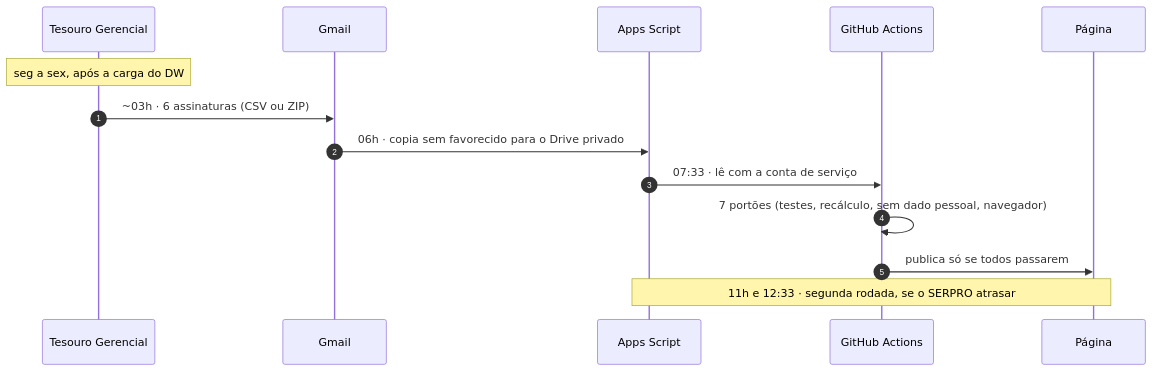
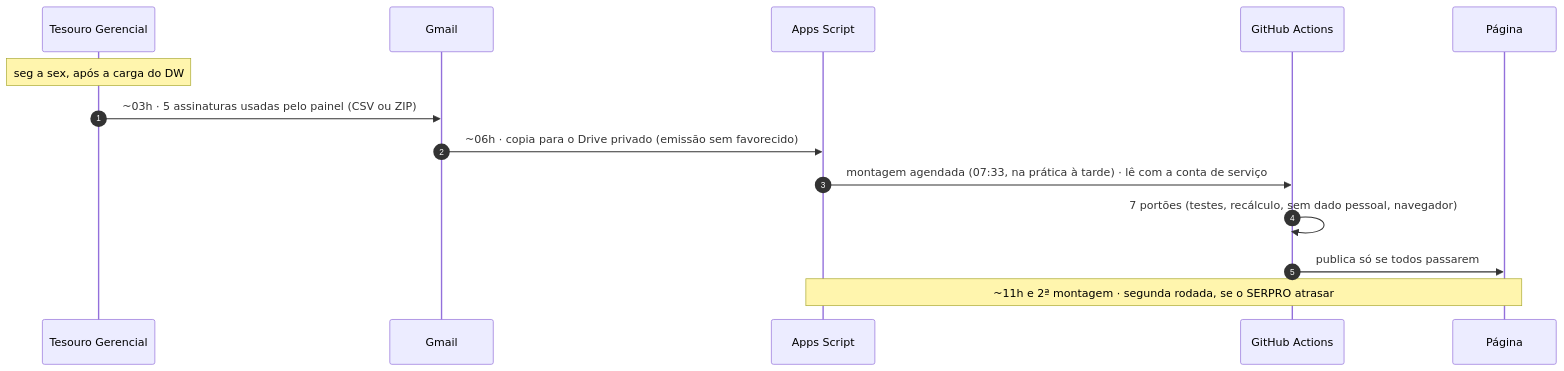
One commit to marcelosaldanha-1978/painel-gof-baaplog changed the third of 6 diagrams in README.md. Above: the diagram before and after it, drawn with Mermaid. The commit also changed other lines of this file and 4 other files, not shown here.

````diff
--- a/README.md
+++ b/README.md
@@ -93,16 +114,16 @@
 ```mermaid
 sequenceDiagram
     autonumber
     participant TG as Tesouro Gerencial
     participant GM as Gmail
     participant AS as Apps Script
     participant GH as GitHub Actions
     participant PG as Página
     Note over TG: seg a sex, após a carga do DW
-    TG->>GM: ~03h · 6 assinaturas (CSV ou ZIP)
-    GM->>AS: 06h · copia sem favorecido para o Drive privado
-    AS->>GH: 07:33 · lê com a conta de serviço
+    TG->>GM: ~03h · 5 assinaturas usadas pelo painel (CSV ou ZIP)
+    GM->>AS: ~06h · copia para o Drive privado (emissão sem favorecido)
+    AS->>GH: montagem agendada (07:33, na prática à tarde) · lê com a conta de serviço
     GH->>GH: 7 portões (testes, recálculo, sem dado pessoal, navegador)
     GH->>PG: publica só se todos passarem
-    Note over AS,PG: 11h e 12:33 · segunda rodada, se o SERPRO atrasar
+    Note over AS,PG: ~11h e 2ª montagem · segunda rodada, se o SERPRO atrasar
 ```
````
